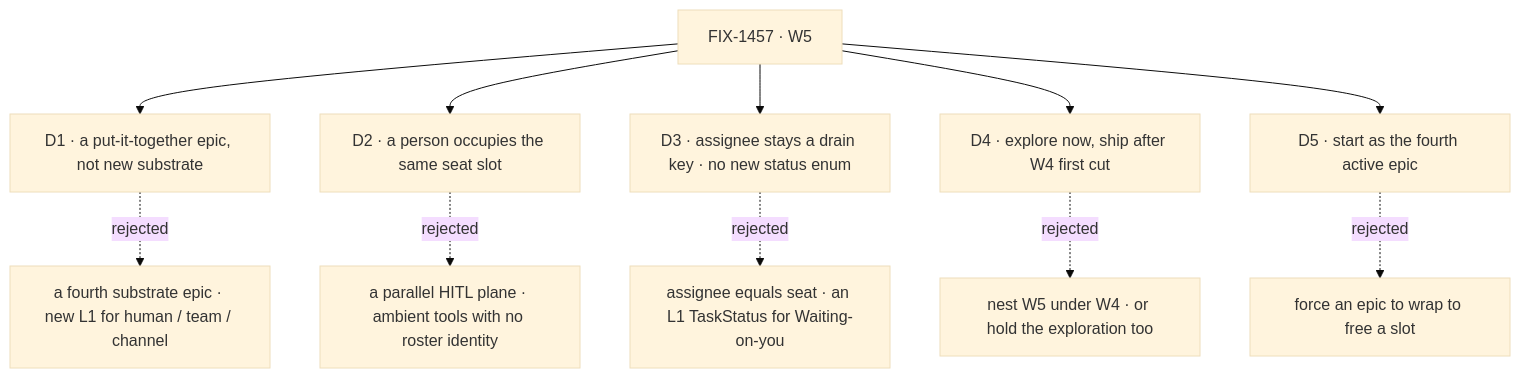
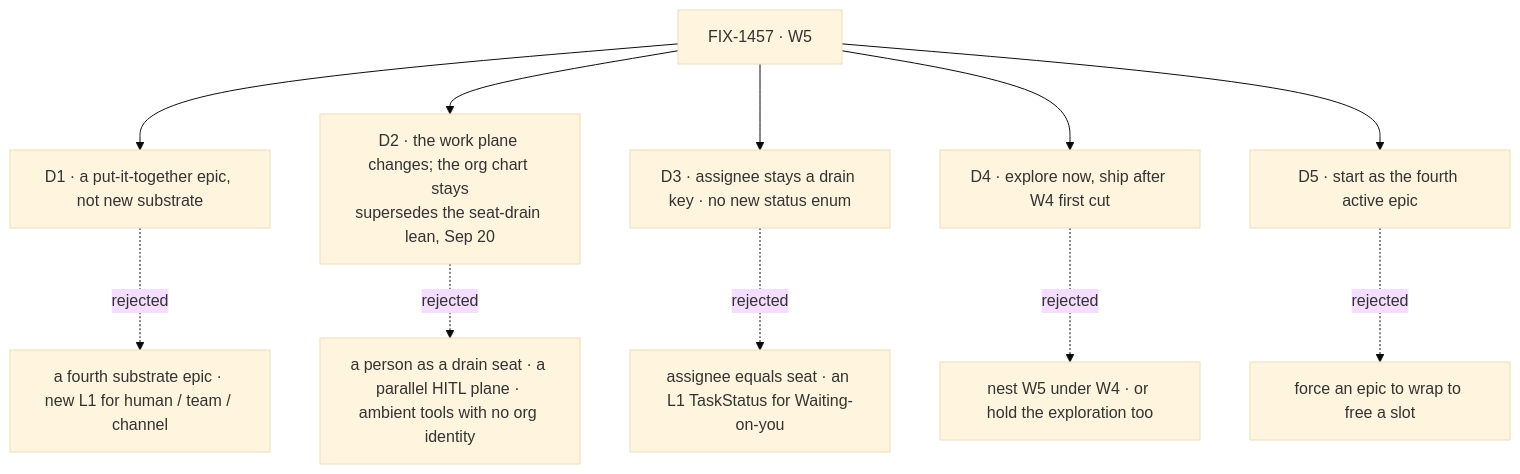
The diagram in spec/_epics/living-workforce/DECISIONS.md (fixpoint-labs/flow-state-dev), drawn with Mermaid (base theme) before and after one commit. The commit also changed other lines of this file and 6 other files, not shown here.

First line of the commit message:
spec(epic): fold the D2 flip — the work plane changes, the org chart stays (FIX-1457)

````diff
--- a/spec/_epics/living-workforce/DECISIONS.md
+++ b/spec/_epics/living-workforce/DECISIONS.md
@@ -13,13 +17,13 @@
 ```mermaid
 flowchart TD
   E["FIX-1457 · W5"] --> D1["D1 · a put-it-together epic, not new substrate"]
   D1 -.->|"rejected"| X1["a fourth substrate epic · new L1 for human / team / channel"]
-  E --> D2["D2 · a person occupies the same seat slot"]
-  D2 -.->|"rejected"| X2["a parallel HITL plane · ambient tools with no roster identity"]
+  E --> D2["D2 · the work plane changes; the org chart stays<br/>supersedes the seat-drain lean, Sep 20"]
+  D2 -.->|"rejected"| X2["a person as a drain seat · a parallel HITL plane · ambient tools with no org identity"]
   E --> D3["D3 · assignee stays a drain key · no new status enum"]
   D3 -.->|"rejected"| X3["assignee equals seat · an L1 TaskStatus for Waiting-on-you"]
   E --> D4["D4 · explore now, ship after W4 first cut"]
   D4 -.->|"rejected"| X4["nest W5 under W4 · or hold the exploration too"]
   E --> D5["D5 · start as the fourth active epic"]
   D5 -.->|"rejected"| X5["force an epic to wrap to free a slot"]
 ```
````
